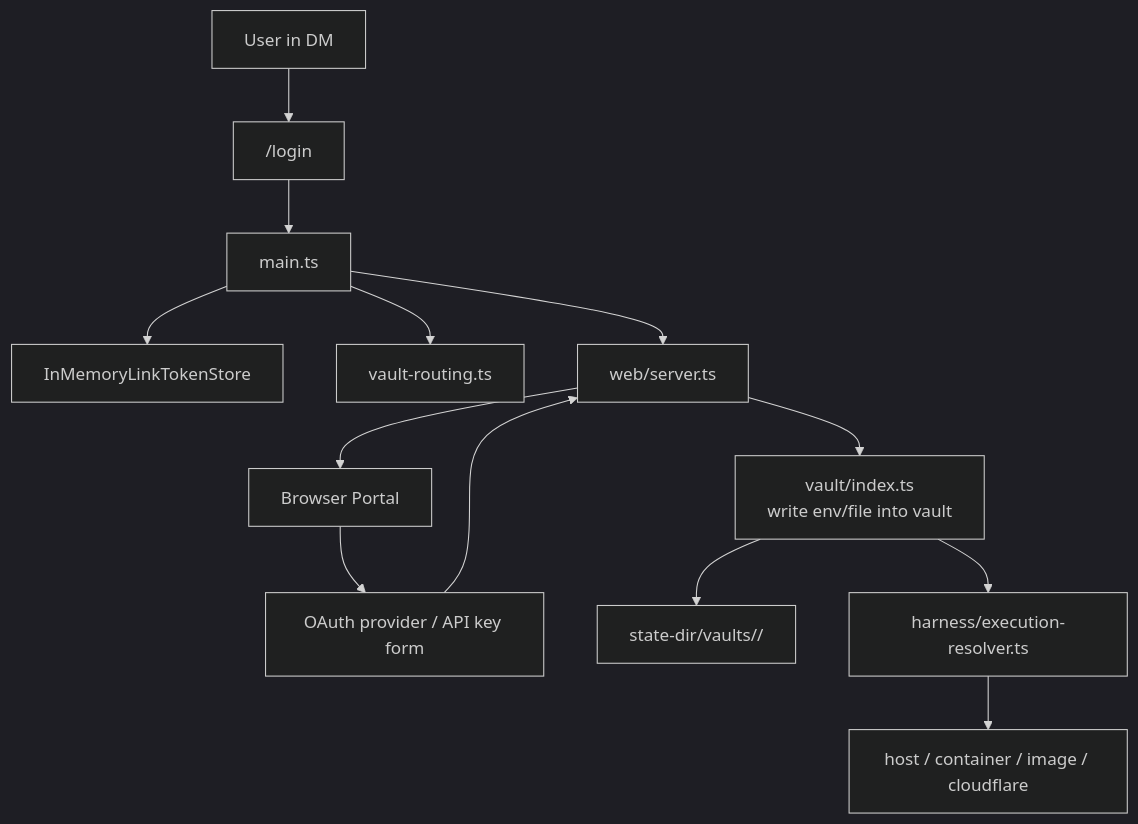
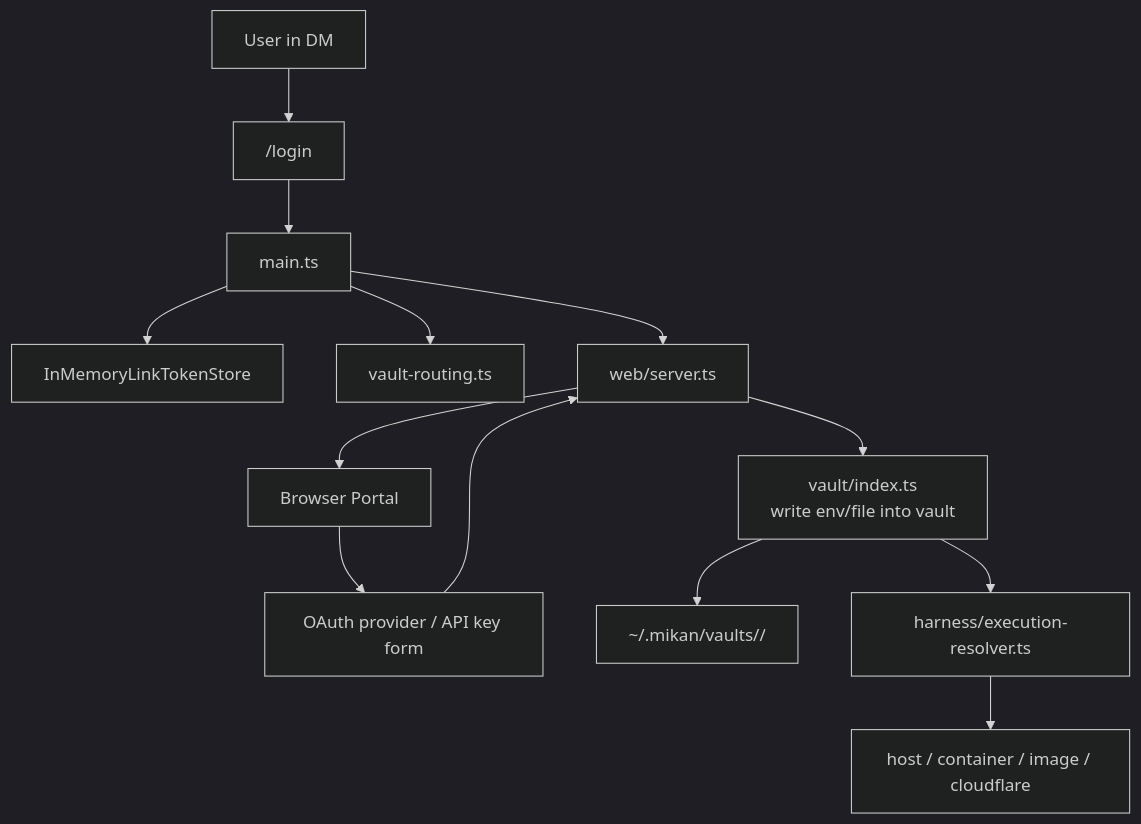
One commit to geminixiang/mikan changed the second of 2 diagrams in src/content/docs/architecture.md. Above: the diagram before and after it, drawn with Mermaid (dark theme). The commit also changed other lines of this file and 46 other files, not shown here.

````diff
--- a/src/content/docs/architecture.md
+++ b/src/content/docs/architecture.md
@@ -212,15 +212,15 @@
 ```mermaid
 flowchart TD
   User["User in DM"] --> LoginCmd["/login"]
   LoginCmd --> Main["main.ts"]
   Main --> LinkToken["InMemoryLinkTokenStore"]
   Main --> VaultRouting["vault-routing.ts"]
   Main --> WebServer["web/server.ts"]
   WebServer --> Browser["Browser Portal"]
   Browser --> OAuth["OAuth provider / API key form"]
   OAuth --> WebServer
   WebServer --> VaultManager["vault/index.ts\nwrite env/file into vault"]
-  VaultManager --> VaultDir["state-dir/vaults/<vaultId>/"]
+  VaultManager --> VaultDir["~/.mikan/vaults/<vaultId>/"]
   VaultManager --> Resolver["harness/execution-resolver.ts"]
   Resolver --> Sandbox["host / container / image / cloudflare"]
 ```
````
